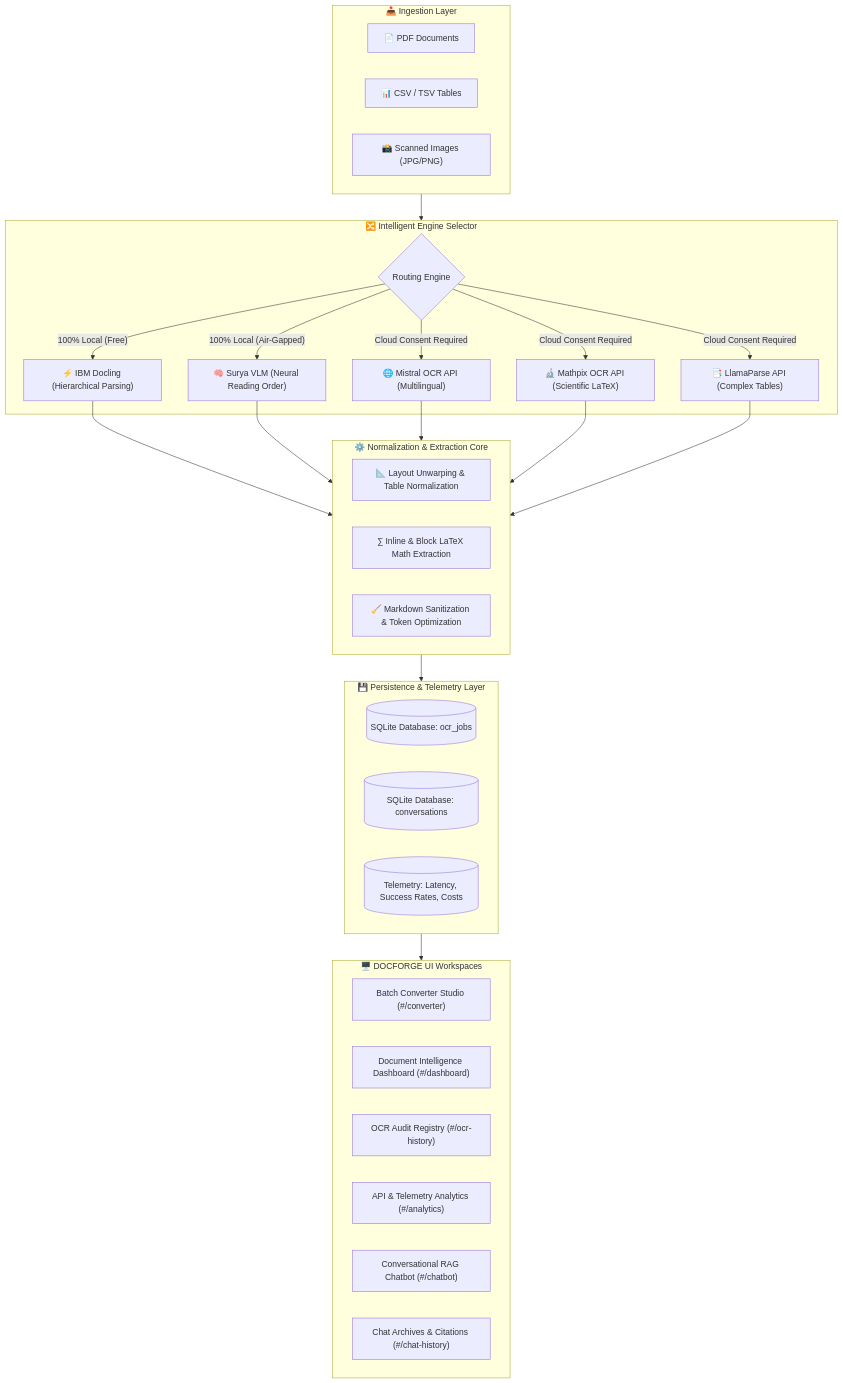
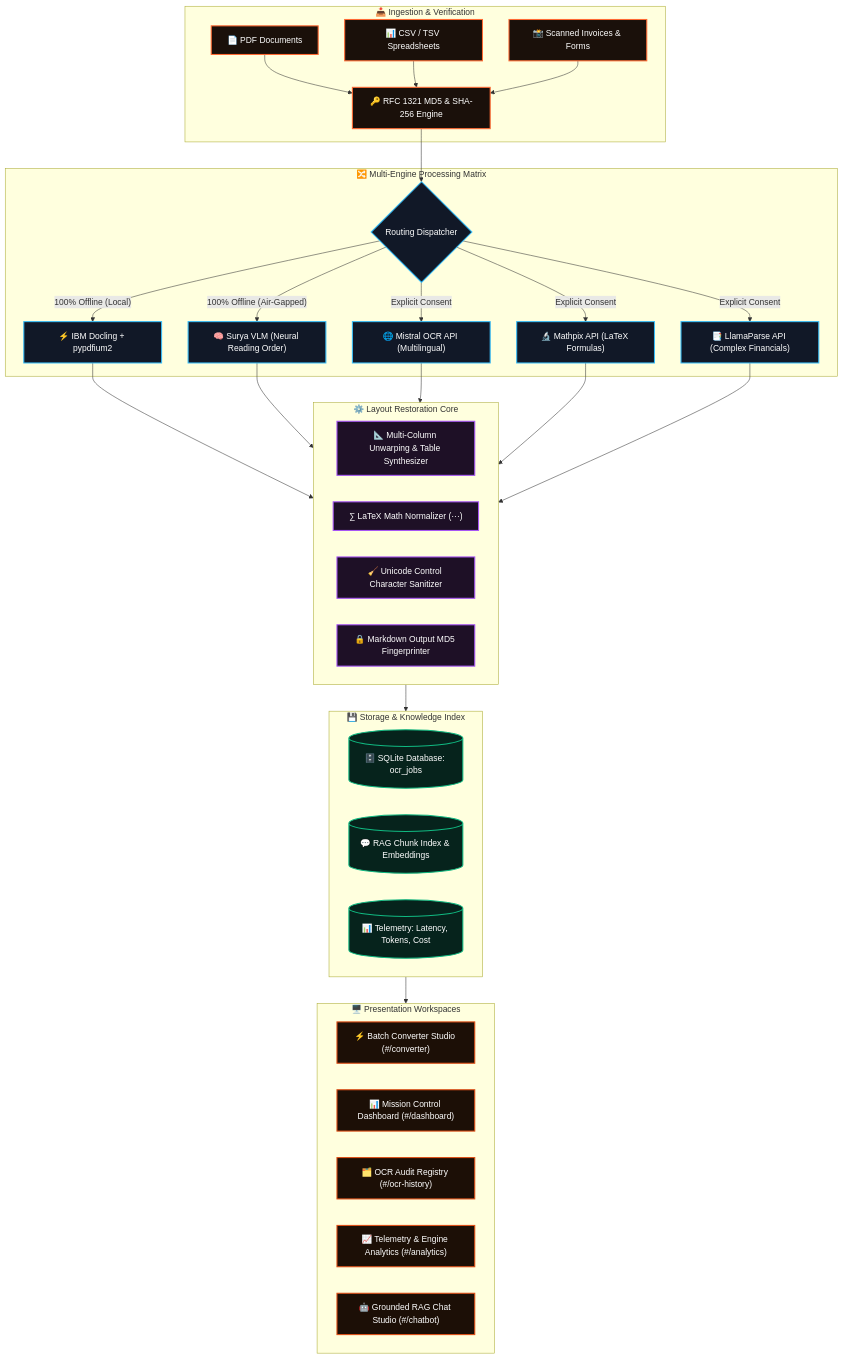
The diagram in README.md (Adarsh-Singh-Chauhan/DOCFORGE), drawn with Mermaid before and after one commit. The commit also changed other lines of this file, not shown here.

````diff
--- a/README.md
+++ b/README.md
@@ -107,43 +162,51 @@
 ```mermaid
 flowchart TD
-    subgraph Inputs["📥 Ingestion Layer"]
-        A1["📄 PDF Documents"]
-        A2["📊 CSV / TSV Tables"]
-        A3["📸 Scanned Images (JPG/PNG)"]
+    classDef inputStyle fill:#1a100a,stroke:#ff6a33,stroke-width:2px,color:#ffffff;
+    classDef engineStyle fill:#111827,stroke:#38bdf8,stroke-width:2px,color:#ffffff;
+    classDef coreStyle fill:#1e1026,stroke:#a855f7,stroke-width:2px,color:#ffffff;
+    classDef dbStyle fill:#06231c,stroke:#10b981,stroke-width:2px,color:#ffffff;
+    classDef uiStyle fill:#1c0f06,stroke:#e04f16,stroke-width:2px,color:#ffffff;
+
+    subgraph INGESTION["📥 Ingestion & Verification"]
+        A1["📄 PDF Documents"]:::inputStyle
+        A2["📊 CSV / TSV Spreadsheets"]:::inputStyle
+        A3["📸 Scanned Invoices & Forms"]:::inputStyle
+        H1["🔑 RFC 1321 MD5 & SHA-256 Engine"]:::inputStyle
     end
 
-    subgraph Router["🔀 Intelligent Engine Selector"]
-        B{"Routing Engine"}
-        B -->|"100% Local (Free)"| C1["⚡ IBM Docling (Hierarchical Parsing)"]
-        B -->|"100% Local (Air-Gapped)"| C2["🧠 Surya VLM (Neural Reading Order)"]
-        B -->|"Cloud Consent Required"| C3["🌐 Mistral OCR API (Multilingual)"]
-        B -->|"Cloud Consent Required"| C4["🔬 Mathpix OCR API (Scientific LaTeX)"]
-        B -->|"Cloud Consent Required"| C5["📑 LlamaParse API (Complex Tables)"]
+    subgraph ENGINE_ROUTER["🔀 Multi-Engine Processing Matrix"]
+        R{"Routing Dispatcher"}:::engineStyle
+        R -->|"100% Offline (Local)"| E1["⚡ IBM Docling + pypdfium2"]:::engineStyle
+        R -->|"100% Offline (Air-Gapped)"| E2["🧠 Surya VLM (Neural Reading Order)"]:::engineStyle
+        R -->|"Explicit Consent"| E3["🌐 Mistral OCR API (Multilingual)"]:::engineStyle
+        R -->|"Explicit Consent"| E4["🔬 Mathpix API (LaTeX Formulas)"]:::engineStyle
+        R -->|"Explicit Consent"| E5["📑 LlamaParse API (Complex Financials)"]:::engineStyle
     end
 
-    subgraph Core["⚙️ Normalization & Extraction Core"]
-        D1["📐 Layout Unwarping & Table Normalization"]
-        D2["∑ Inline & Block LaTeX Math Extraction"]
-        D3["🧹 Markdown Sanitization & Token Optimization"]
+    subgraph EXTRACTION["⚙️ Layout Restoration Core"]
+        C1["📐 Multi-Column Unwarping & Table Synthesizer"]:::coreStyle
+        C2["∑ LaTeX Math Normalizer ($$...$$)"]:::coreStyle
+        C3["🧹 Unicode Control Character Sanitizer"]:::coreStyle
+        C4["🔒 Markdown Output MD5 Fingerprinter"]:::coreStyle
     end
 
-    subgraph Persistence["💾 Persistence & Telemetry Layer"]
-        E1[("SQLite Database: ocr_jobs")]
-        E2[("SQLite Database: conversations")]
-        E3[("Telemetry: Latency, Success Rates, Costs")]
+    subgraph PERSISTENCE["💾 Storage & Knowledge Index"]
+        D1[("🗄️ SQLite Database: ocr_jobs")]:::dbStyle
+        D2[("💬 RAG Chunk Index & Embeddings")]:::dbStyle
+        D3[("📊 Telemetry: Latency, Tokens, Cost")]:::dbStyle
     end
 
-    subgraph Presentation["🖥️ DOCFORGE UI Workspaces"]
-        F1["Batch Converter Studio (#/converter)"]
-        F2["Document Intelligence Dashboard (#/dashboard)"]
-        F3["OCR Audit Registry (#/ocr-history)"]
-        F4["API & Telemetry Analytics (#/analytics)"]
-        F5["Conversational RAG Chatbot (#/chatbot)"]
-        F6["Chat Archives & Citations (#/chat-history)"]
+    subgraph WORKSPACES["🖥️ Presentation Workspaces"]
+        W1["⚡ Batch Converter Studio (#/converter)"]:::uiStyle
+        W2["📊 Mission Control Dashboard (#/dashboard)"]:::uiStyle
+        W3["🗂️ OCR Audit Registry (#/ocr-history)"]:::uiStyle
+        W4["📈 Telemetry & Engine Analytics (#/analytics)"]:::uiStyle
+        W5["🤖 Grounded RAG Chat Studio (#/chatbot)"]:::uiStyle
     end
 
-    Inputs --> Router
-    C1 & C2 & C3 & C4 & C5 --> Core
-    Core --> Persistence
-    Persistence --> Presentation
+    A1 & A2 & A3 --> H1
+    H1 --> R
+    E1 & E2 & E3 & E4 & E5 --> EXTRACTION
+    EXTRACTION --> PERSISTENCE
+    PERSISTENCE --> WORKSPACES
 ```
````
